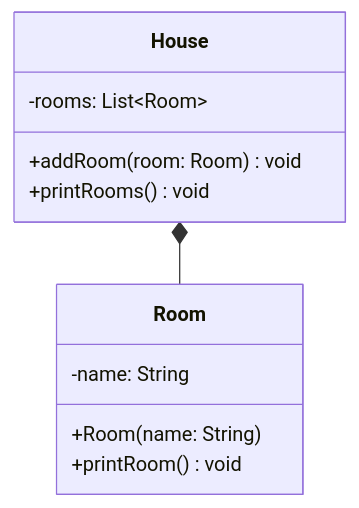
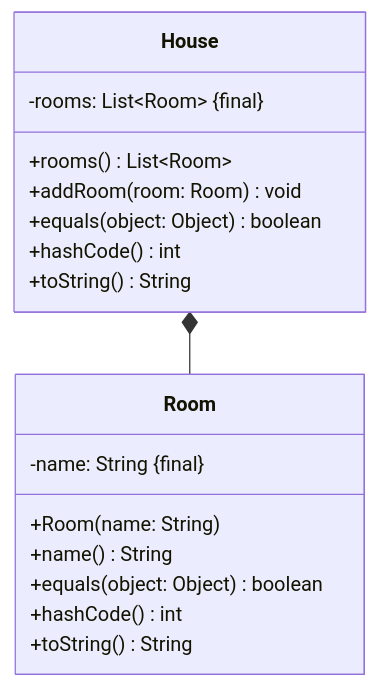
Before and after one commit to jappuccini/java-docs: the diagram in docs/exercises/inner-classes/inner-classes01.mdx, drawn with Mermaid. The commit also changed other lines of this file and 39 other files, not shown here.

````diff
--- a/docs/exercises/inner-classes/inner-classes01.mdx
+++ b/docs/exercises/inner-classes/inner-classes01.mdx
@@ -16,16 +15,22 @@
 ```mermaid
 classDiagram
     House *-- Room
 
     class House {
-        -rooms: List~Room~
+        -rooms: List~Room~ &#123final&#125
+        +rooms() List~Room~
         +addRoom(room: Room) void
-        +printRooms() void
+        +equals(object: Object) boolean
+        +hashCode() int
+        +toString() String
     }
 
     class Room {
-        -name: String
+        -name: String &#123final&#125
         +Room(name: String)
-        +printRoom() void
+        +name() String
+        +equals(object: Object) boolean
+        +hashCode() int
+        +toString() String
     }
 ```
````
